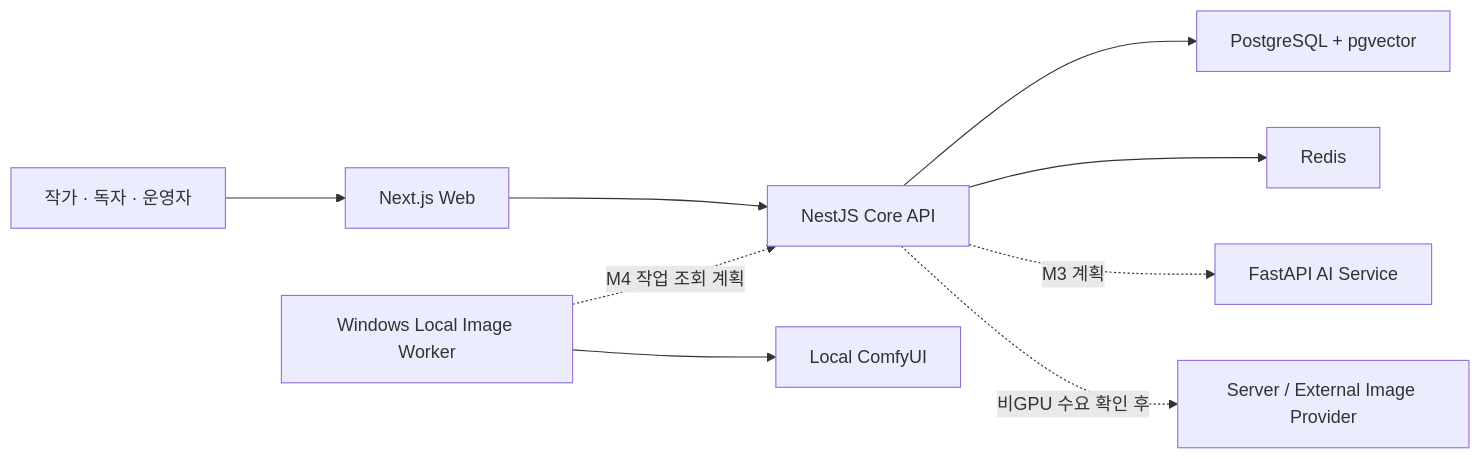
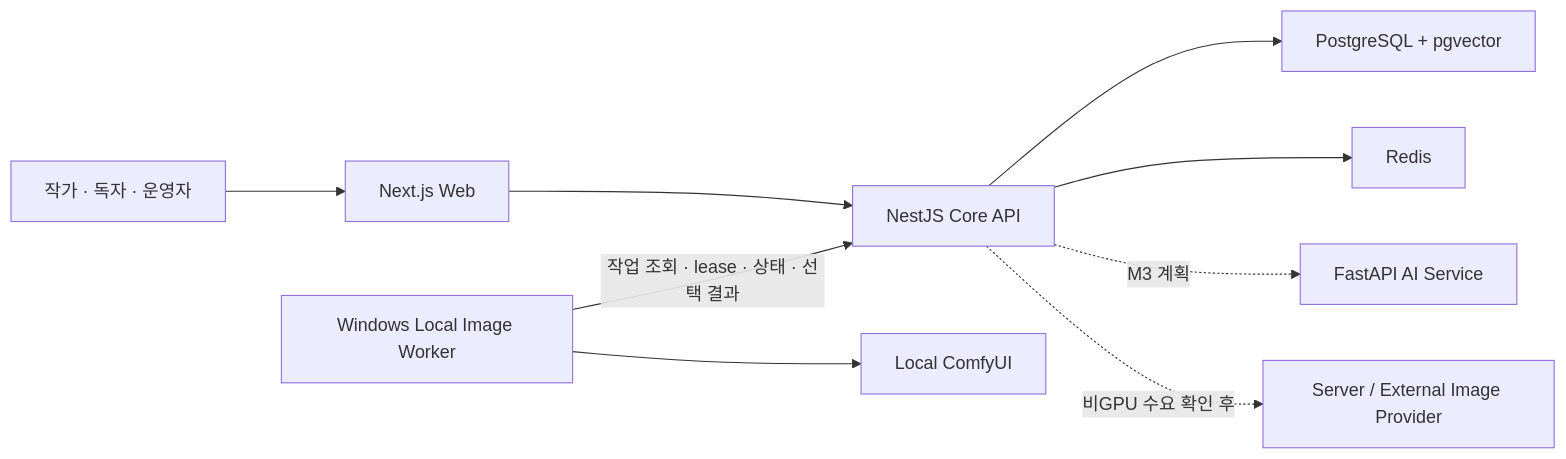
One commit to praymyk/qqup-showcase changed the diagram in README.md. Above: the diagram before and after it, drawn with Mermaid. The commit also changed other lines of this file and 1 other file, not shown here.

Commit message:
docs: sync image generation implementation status

````diff
--- a/README.md
+++ b/README.md
@@ -32,11 +32,11 @@
 ```mermaid
 flowchart LR
     USER["작가 · 독자 · 운영자"] --> WEB["Next.js Web"]
     WEB --> API["NestJS Core API"]
     API --> DB["PostgreSQL + pgvector"]
     API --> REDIS["Redis"]
     API -. "M3 계획" .-> AI["FastAPI AI Service"]
-    LOCAL["Windows Local Image Worker"] -. "M4 작업 조회 계획" .-> API
+    LOCAL["Windows Local Image Worker"] -->|"작업 조회 · lease · 상태 · 선택 결과"| API
     LOCAL --> COMFY["Local ComfyUI"]
     API -. "비GPU 수요 확인 후" .-> PROVIDER["Server / External Image Provider"]
 ```
````
